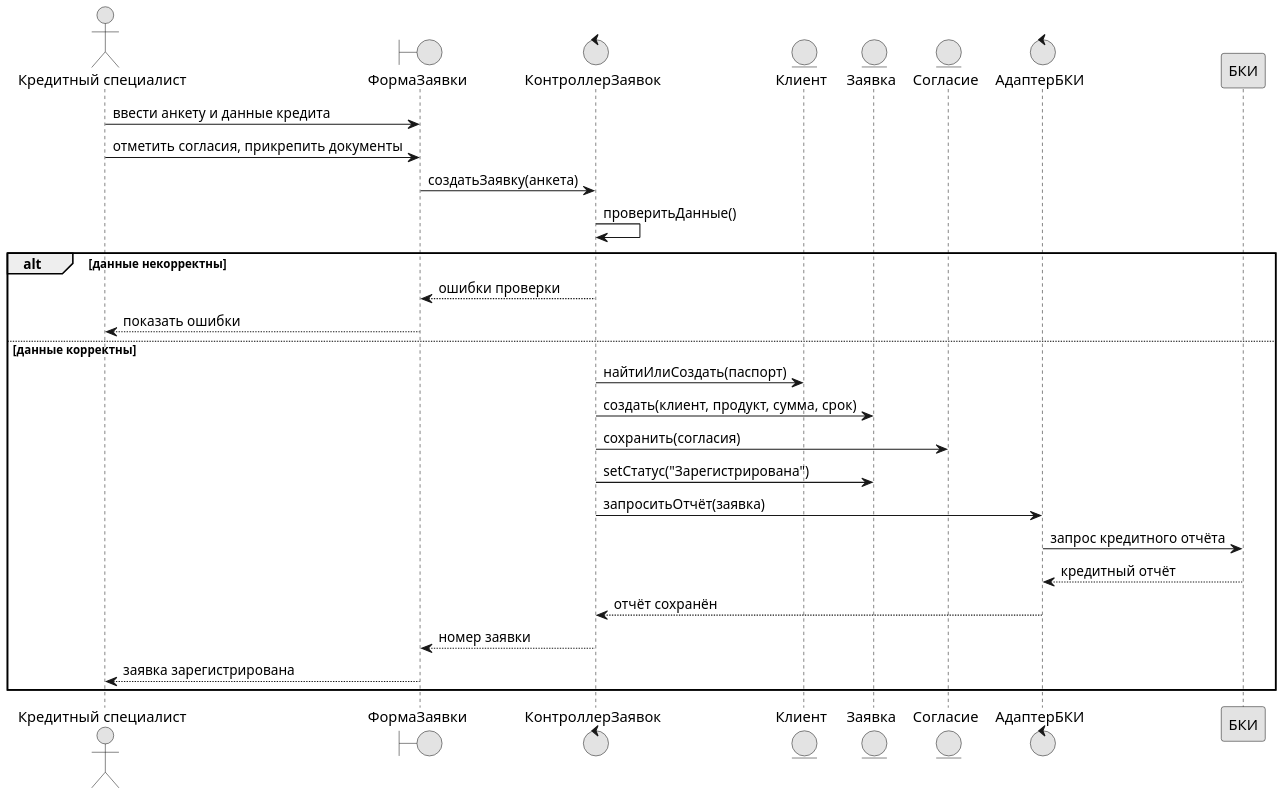
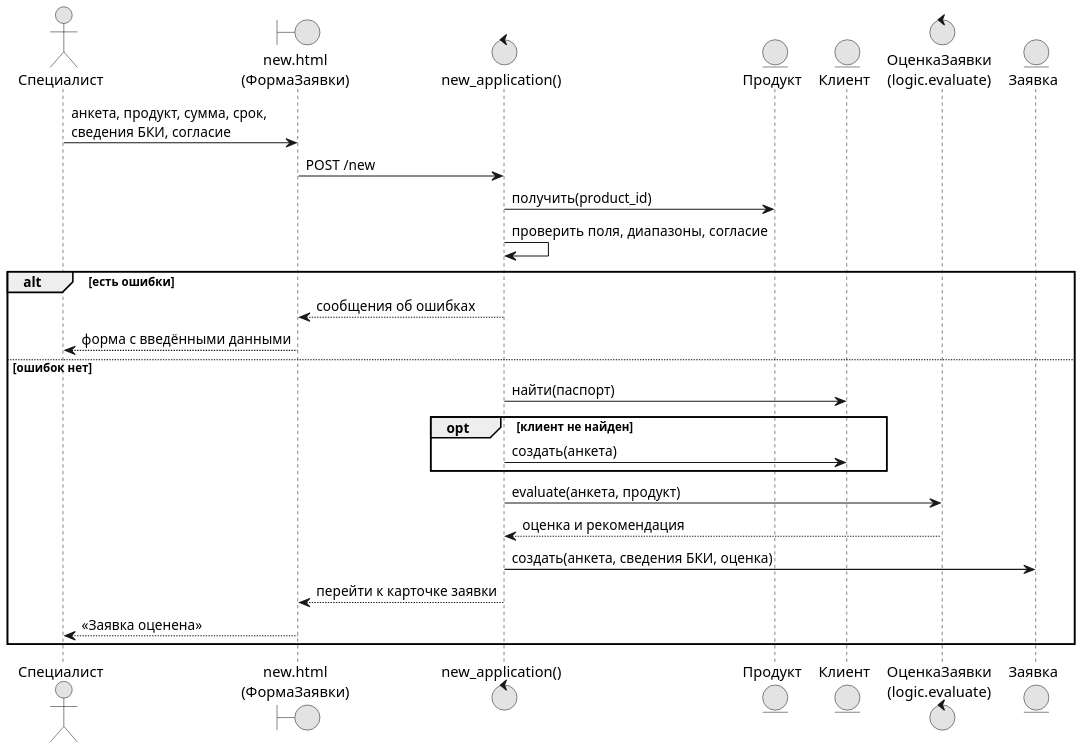
One commit to DarkSwordman999/credit-scoring-dss changed the diagram in diagrams/uml_seq_0.puml. Above: the diagram before and after it, drawn with PlantUML. The commit also changed 51 other files, not shown here.

Commit message:
Отчёты ПР 1-10 и диаграммы пересобраны под базовую редакцию

```diff
--- a/diagrams/uml_seq_0.puml
+++ b/diagrams/uml_seq_0.puml
@@ -1,34 +1,32 @@
 @startuml
 !pragma layout smetana
 skinparam dpi 150
 skinparam defaultFontName Arial
 skinparam shadowing false
 skinparam monochrome true
-actor "Кредитный специалист" as KS
-boundary "ФормаЗаявки" as UI
-control "КонтроллерЗаявок" as C
+actor "Специалист" as KS
+boundary "new.html\n(ФормаЗаявки)" as UI
+control "new_application()" as C
+entity "Продукт" as PR
 entity "Клиент" as CL
+control "ОценкаЗаявки\n(logic.evaluate)" as L
 entity "Заявка" as AP
-entity "Согласие" as CS
-control "АдаптерБКИ" as BA
-participant "БКИ" as BKI
-KS -> UI : ввести анкету и данные кредита
-KS -> UI : отметить согласия, прикрепить документы
-UI -> C : создатьЗаявку(анкета)
-C -> C : проверитьДанные()
-alt данные некорректны
-  C --> UI : ошибки проверки
-  UI --> KS : показать ошибки
-else данные корректны
-  C -> CL : найтиИлиСоздать(паспорт)
-  C -> AP : создать(клиент, продукт, сумма, срок)
-  C -> CS : сохранить(согласия)
-  C -> AP : setСтатус("Зарегистрирована")
-  C -> BA : запроситьОтчёт(заявка)
-  BA -> BKI : запрос кредитного отчёта
-  BKI --> BA : кредитный отчёт
-  BA --> C : отчёт сохранён
-  C --> UI : номер заявки
-  UI --> KS : заявка зарегистрирована
+KS -> UI : анкета, продукт, сумма, срок,\nсведения БКИ, согласие
+UI -> C : POST /new
+C -> PR : получить(product_id)
+C -> C : проверить поля, диапазоны, согласие
+alt есть ошибки
+  C --> UI : сообщения об ошибках
+  UI --> KS : форма с введёнными данными
+else ошибок нет
+  C -> CL : найти(паспорт)
+  opt клиент не найден
+    C -> CL : создать(анкета)
+  end
+  C -> L : evaluate(анкета, продукт)
+  L --> C : оценка и рекомендация
+  C -> AP : создать(анкета, сведения БКИ, оценка)
+  C --> UI : перейти к карточке заявки
+  UI --> KS : «Заявка оценена»
 end
 @enduml
```
